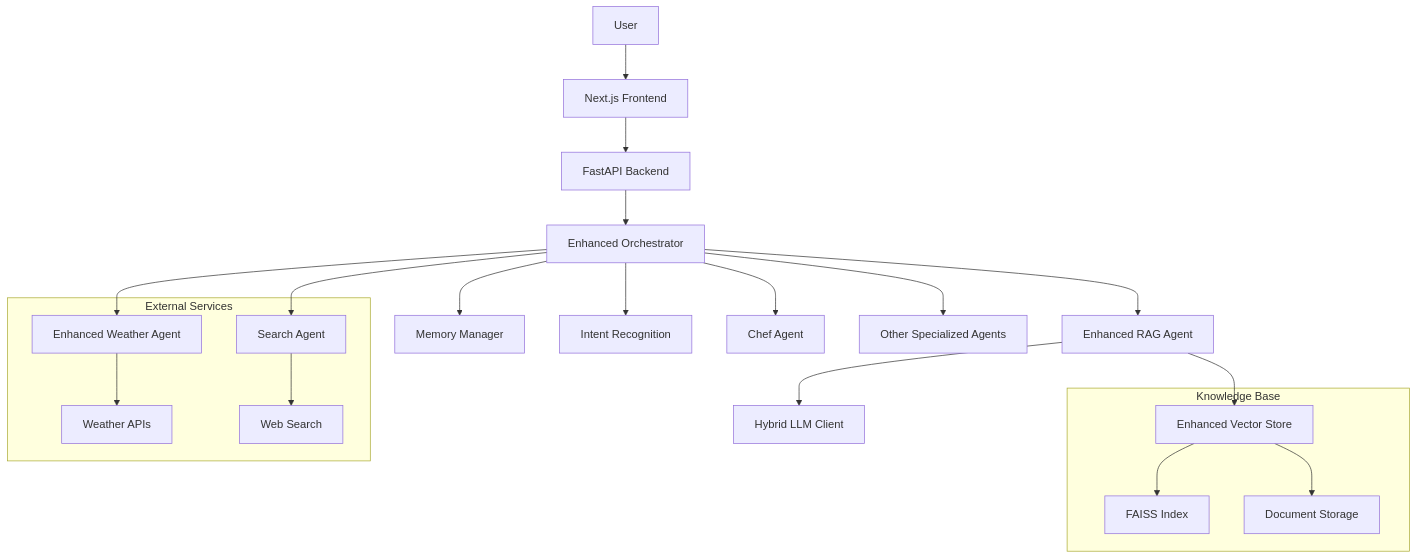
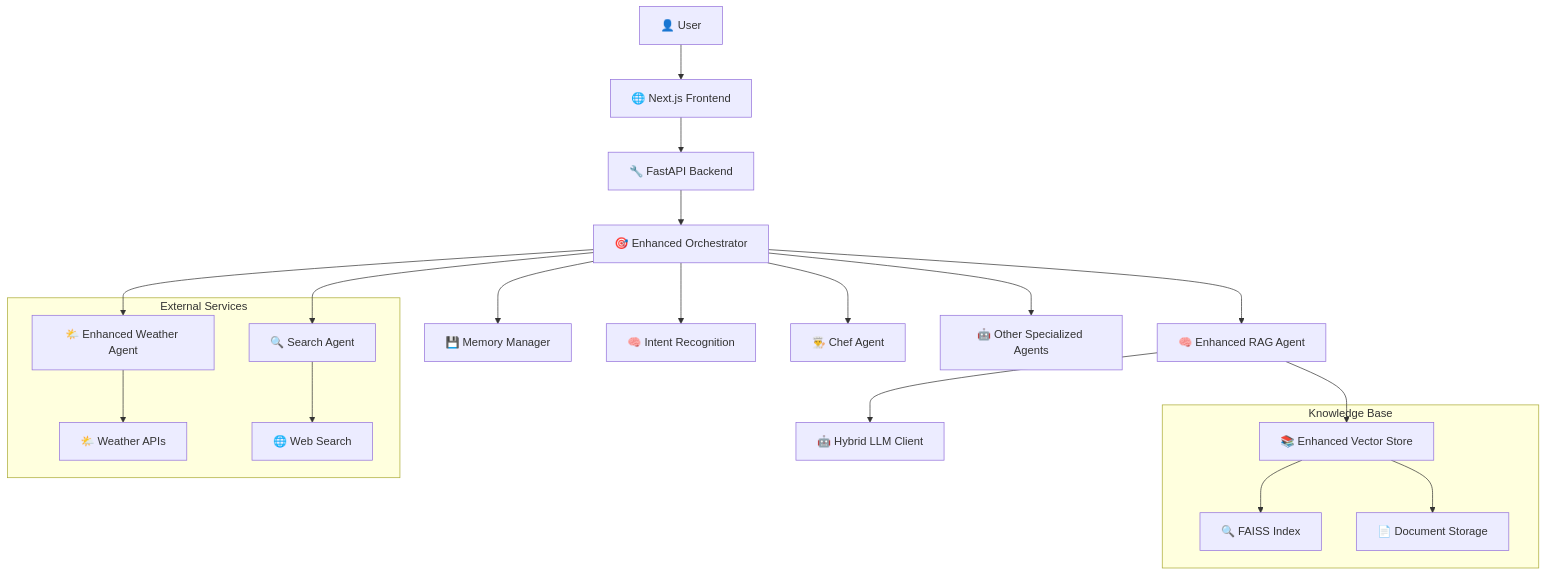
Before and after one commit to codemarcinu/myappassistant: the diagram in README.md, drawn with Mermaid. The commit also changed other lines of this file and 75 other files, not shown here.

````diff
--- a/README.md
+++ b/README.md
@@ -81,28 +79,28 @@
 ```mermaid
 graph TD
-    User[User] --> Frontend[Next.js Frontend]
-    Frontend --> API[FastAPI Backend]
-    API --> EO[Enhanced Orchestrator]
+    User[👤 User] --> Frontend[🌐 Next.js Frontend]
+    Frontend --> API[🔧 FastAPI Backend]
+    API --> EO[🎯 Enhanced Orchestrator]
 
-    EO --> Memory[Memory Manager]
-    EO --> Intent[Intent Recognition]
+    EO --> Memory[💾 Memory Manager]
+    EO --> Intent[🧠 Intent Recognition]
 
-    EO --> ERAG[Enhanced RAG Agent]
-    EO --> EWA[Enhanced Weather Agent]
-    EO --> Search[Search Agent]
-    EO --> Chef[Chef Agent]
-    EO --> Other[Other Specialized Agents]
+    EO --> ERAG[🧠 Enhanced RAG Agent]
+    EO --> EWA[🌤️ Enhanced Weather Agent]
+    EO --> Search[🔍 Search Agent]
+    EO --> Chef[👨‍🍳 Chef Agent]
+    EO --> Other[🤖 Other Specialized Agents]
 
-    ERAG --> EVS[Enhanced Vector Store]
-    ERAG --> HLLM[Hybrid LLM Client]
+    ERAG --> EVS[📚 Enhanced Vector Store]
+    ERAG --> HLLM[🤖 Hybrid LLM Client]
 
     subgraph "Knowledge Base"
-        EVS --> FAISS[FAISS Index]
-        EVS --> Documents[Document Storage]
+        EVS --> FAISS[🔍 FAISS Index]
+        EVS --> Documents[📄 Document Storage]
     end
 
     subgraph "External Services"
-        EWA --> Weather[Weather APIs]
-        Search --> WebSearch[Web Search]
+        EWA --> Weather[🌤️ Weather APIs]
+        Search --> WebSearch[🌐 Web Search]
     end
 ```
````
